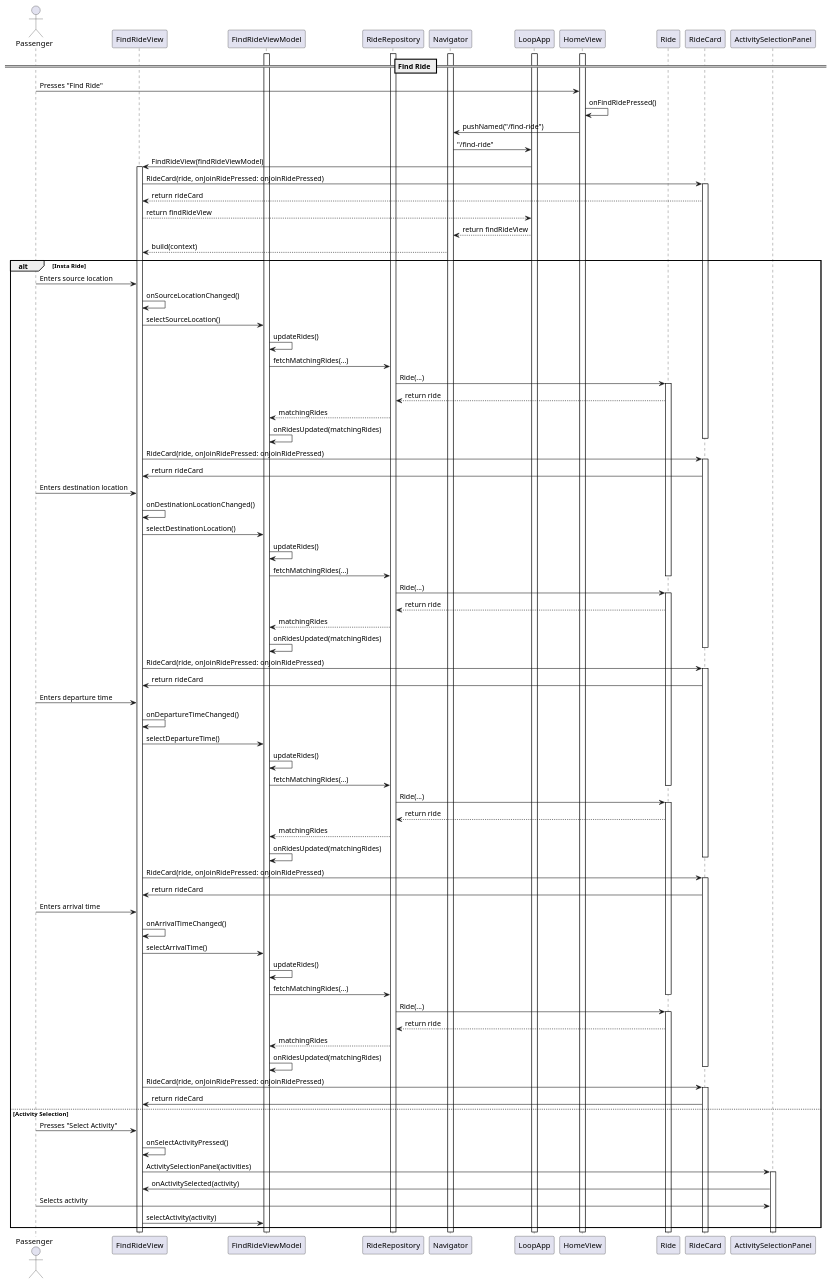
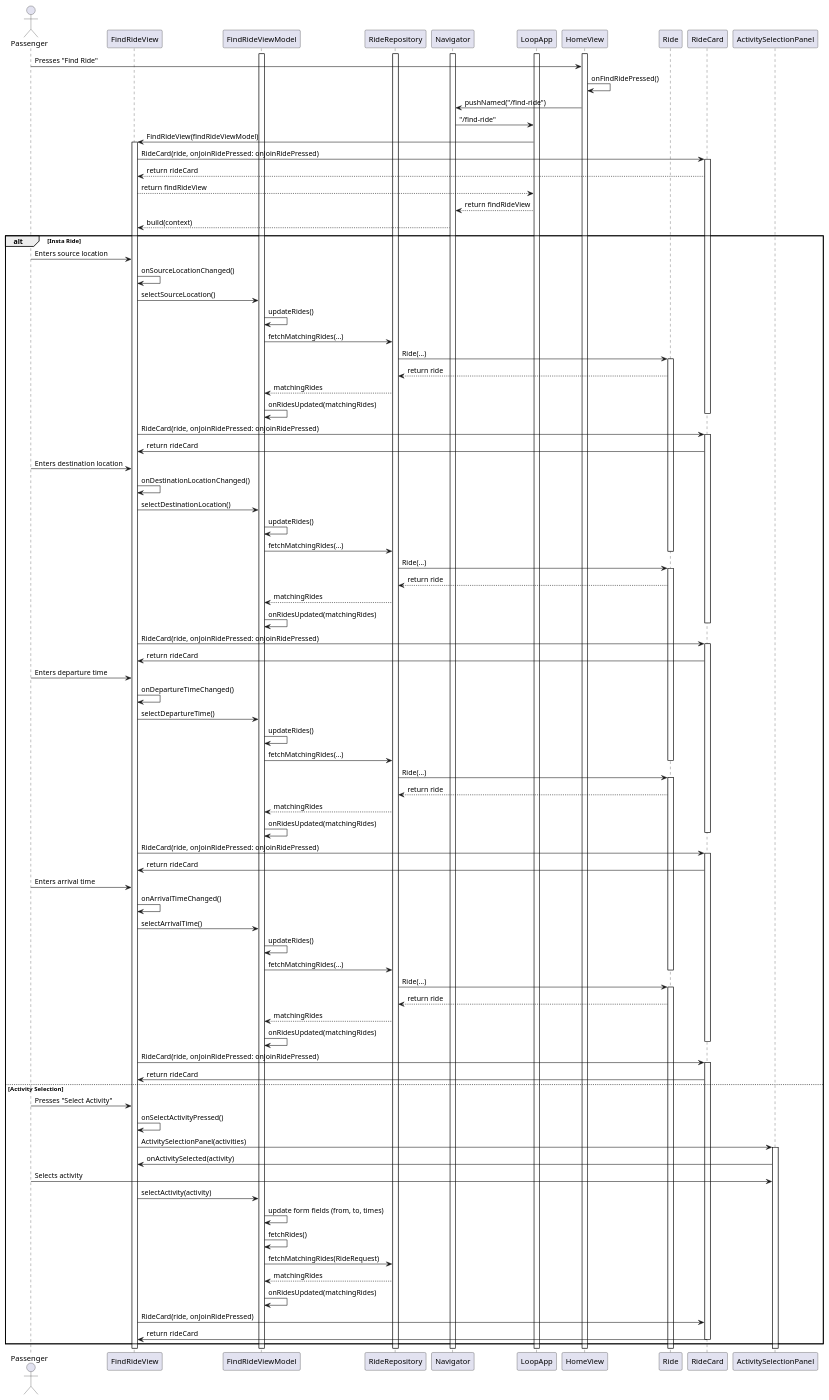
One commit to YannisRavasopoulos/ProjectSD_S6 changed the diagram in reports/sequence/find-ride.plantuml. Above: the diagram before and after it, drawn with PlantUML.

Commit message:
Enhance find-ride sequence diagram with activity selection flow and form updates

```diff
--- a/reports/sequence/find-ride.plantuml
+++ b/reports/sequence/find-ride.plantuml
@@ -1,107 +1,121 @@
 @startuml
 
 actor Passenger
 
 participant FindRideView
 participant FindRideViewModel
 participant RideRepository
 participant Navigator
 participant LoopApp
 participant HomeView
 participant Ride
 participant RideCard
 
 activate LoopApp
 activate FindRideViewModel
 activate RideRepository
 activate Navigator
 activate HomeView
 
-== Find Ride ==
+
 Passenger -> HomeView: Presses "Find Ride"
 HomeView -> HomeView: onFindRidePressed()
 HomeView -> Navigator: pushNamed("/find-ride")
 Navigator -> LoopApp: "/find-ride"
 LoopApp -> FindRideView: FindRideView(findRideViewModel)
 activate FindRideView
 FindRideView -> RideCard: RideCard(ride, onJoinRidePressed: onJoinRidePressed)
 activate RideCard
 RideCard --> FindRideView: return rideCard
 FindRideView --> LoopApp: return findRideView
 LoopApp --> Navigator: return findRideView
 Navigator --> FindRideView: build(context)
 
 alt Insta Ride
 Passenger -> FindRideView: Enters source location
 FindRideView -> FindRideView: onSourceLocationChanged()
 FindRideView -> FindRideViewModel: selectSourceLocation()
 FindRideViewModel -> FindRideViewModel: updateRides()
 FindRideViewModel -> RideRepository: fetchMatchingRides(...)
 RideRepository -> Ride: Ride(...)
 activate Ride
 Ride --> RideRepository: return ride
 RideRepository --> FindRideViewModel: matchingRides
 FindRideViewModel -> FindRideViewModel: onRidesUpdated(matchingRides)
 deactivate RideCard
 FindRideView -> RideCard: RideCard(ride, onJoinRidePressed: onJoinRidePressed)
 activate RideCard
 RideCard -> FindRideView: return rideCard
 
 Passenger -> FindRideView: Enters destination location
 FindRideView -> FindRideView: onDestinationLocationChanged()
 FindRideView -> FindRideViewModel: selectDestinationLocation()
 FindRideViewModel -> FindRideViewModel: updateRides()
 FindRideViewModel -> RideRepository: fetchMatchingRides(...)
 deactivate Ride
 RideRepository -> Ride: Ride(...)
 activate Ride
 Ride --> RideRepository: return ride
 RideRepository --> FindRideViewModel: matchingRides
 FindRideViewModel -> FindRideViewModel: onRidesUpdated(matchingRides)
 deactivate RideCard
 FindRideView -> RideCard: RideCard(ride, onJoinRidePressed: onJoinRidePressed)
 activate RideCard
 RideCard -> FindRideView: return rideCard
 
 Passenger -> FindRideView: Enters departure time
 FindRideView -> FindRideView: onDepartureTimeChanged()
 FindRideView -> FindRideViewModel: selectDepartureTime()
 FindRideViewModel -> FindRideViewModel: updateRides()
 FindRideViewModel -> RideRepository: fetchMatchingRides(...)
 deactivate Ride
 RideRepository -> Ride: Ride(...)
 activate Ride
 Ride --> RideRepository: return ride
 RideRepository --> FindRideViewModel: matchingRides
 FindRideViewModel -> FindRideViewModel: onRidesUpdated(matchingRides)
 deactivate RideCard
 FindRideView -> RideCard: RideCard(ride, onJoinRidePressed: onJoinRidePressed)
 activate RideCard
 RideCard -> FindRideView: return rideCard
 
 Passenger -> FindRideView: Enters arrival time
 FindRideView -> FindRideView: onArrivalTimeChanged()
 FindRideView -> FindRideViewModel: selectArrivalTime()
 FindRideViewModel -> FindRideViewModel: updateRides()
 FindRideViewModel -> RideRepository: fetchMatchingRides(...)
 deactivate Ride
 RideRepository -> Ride: Ride(...)
 activate Ride
 Ride --> RideRepository: return ride
 RideRepository --> FindRideViewModel: matchingRides
 FindRideViewModel -> FindRideViewModel: onRidesUpdated(matchingRides)
 deactivate RideCard
 FindRideView -> RideCard: RideCard(ride, onJoinRidePressed: onJoinRidePressed)
 activate RideCard
 RideCard -> FindRideView: return rideCard
 else Activity Selection
-Passenger -> FindRideView: Presses "Select Activity"
-FindRideView -> FindRideView: onSelectActivityPressed()
-FindRideView -> ActivitySelectionPanel: ActivitySelectionPanel(activities)
-activate ActivitySelectionPanel
-ActivitySelectionPanel -> FindRideView: onActivitySelected(activity)
-Passenger -> ActivitySelectionPanel: Selects activity
-FindRideView -> FindRideViewModel: selectActivity(activity)
+    Passenger -> FindRideView: Presses "Select Activity"
+    FindRideView -> FindRideView: onSelectActivityPressed()
+    FindRideView -> ActivitySelectionPanel: ActivitySelectionPanel(activities)
+    activate ActivitySelectionPanel
+    ActivitySelectionPanel -> FindRideView: onActivitySelected(activity)
+    Passenger -> ActivitySelectionPanel: Selects activity
+    FindRideView -> FindRideViewModel: selectActivity(activity)
+    
+    FindRideViewModel -> FindRideViewModel: update form fields (from, to, times)
+    FindRideViewModel -> FindRideViewModel: fetchRides()
+    FindRideViewModel -> RideRepository: fetchMatchingRides(RideRequest)
+
+    RideRepository --> FindRideViewModel: matchingRides
+   
+    FindRideViewModel -> FindRideViewModel: onRidesUpdated(matchingRides)
+   
+  
+    FindRideView -> RideCard: RideCard(ride, onJoinRidePressed)
+   
+    RideCard -> FindRideView: return rideCard
+    deactivate RideCard
 end
 
 @enduml
```
